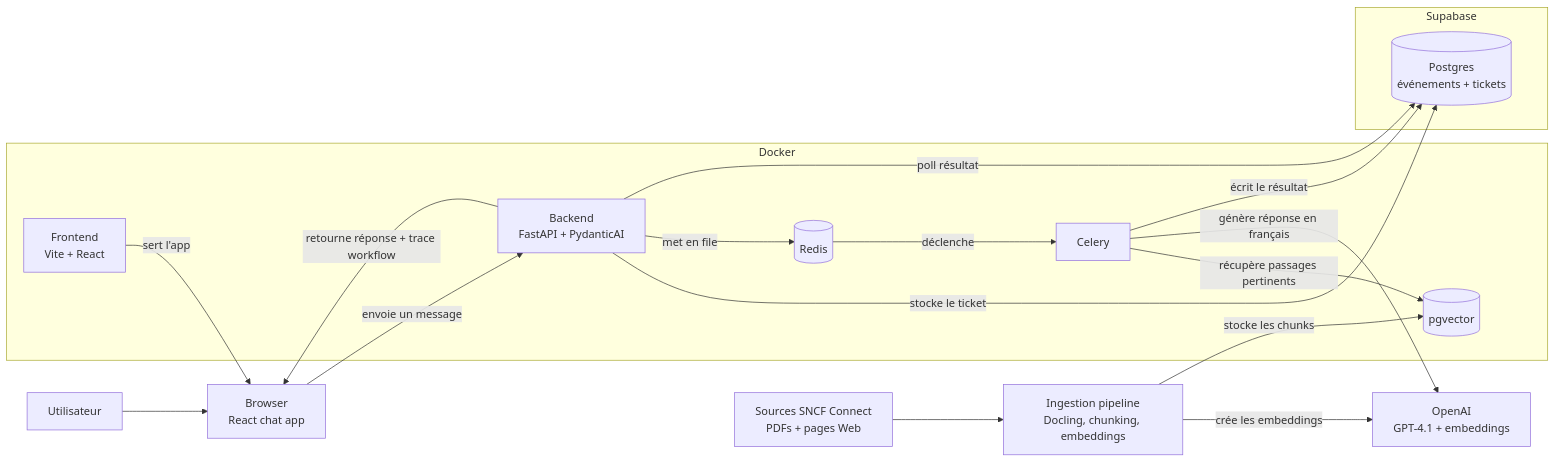
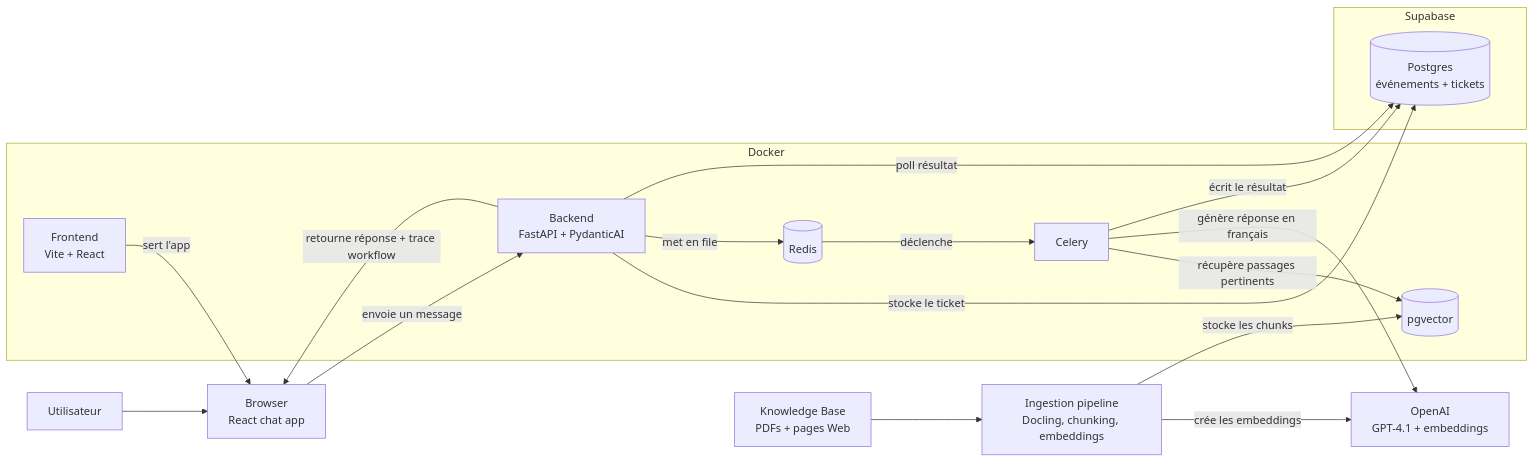
One commit to jpmansour-ai-dev/Chatbot-IA changed the first of 2 diagrams in README.md. Above: the diagram before and after it, drawn with Mermaid. The commit also changed other lines of this file, not shown here.

````diff
--- a/README.md
+++ b/README.md
@@ -22,34 +22,34 @@
 ```mermaid
 flowchart LR
     user[Utilisateur] --> browser[Browser\nReact chat app]
 
     subgraph docker[Docker]
         frontend[Frontend\nVite + React]
         backend[Backend\nFastAPI + PydanticAI]
         worker[Celery]
         redis[(Redis)]
         pgvector[(pgvector)]
     end
 
     subgraph supabase[Supabase]
         db[(Postgres\névénements + tickets)]
     end
 
     openai[OpenAI\nGPT-4.1 + embeddings]
-    sources[Sources SNCF Connect\nPDFs + pages Web]
+    sources[Knowledge Base\nPDFs + pages Web]
     ingestion[Ingestion pipeline\nDocling, chunking, embeddings]
 
     frontend -->|sert l'app| browser
     browser -->|envoie un message| backend
     backend -->|stocke le ticket| db
     backend -->|met en file| redis
     redis -->|déclenche| worker
     worker -->|récupère passages pertinents| pgvector
     worker -->|génère réponse en français| openai
     worker -->|écrit le résultat| db
     backend -->|poll résultat| db
     backend -->|retourne réponse + trace workflow| browser
     sources --> ingestion
     ingestion -->|crée les embeddings| openai
     ingestion -->|stocke les chunks| pgvector
 ```
````
